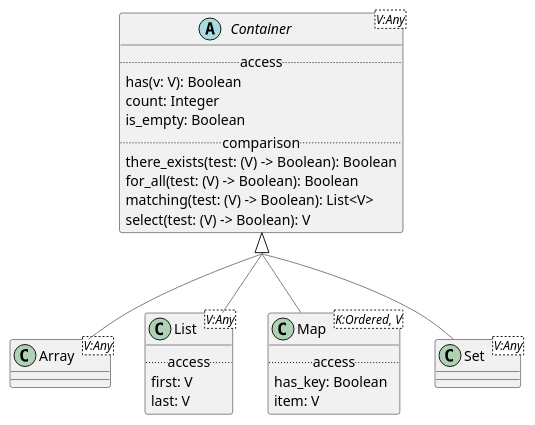
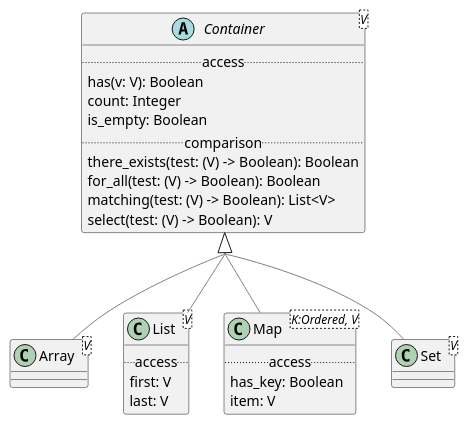
The diagram in modules/ROOT/examples/bmm/representation/builtin_types/structures/structures-package-uml.adoc (wolandscat/openehr-doc), drawn with PlantUML before and after one commit. The commit also changed 120 other files, not shown here.

```diff
--- a/modules/ROOT/examples/bmm/representation/builtin_types/structures/structures-package-uml.adoc
+++ b/modules/ROOT/examples/bmm/representation/builtin_types/structures/structures-package-uml.adoc
@@ -3,49 +3,49 @@
 [plantuml,opts=interactive,link=self]
 ....
 skinparam groupInheritance 2
 skinparam citedClassColor #FDFDFD
 
 
-class Array<V:Any> [[/openehr-doc/latest/representation/builtin_types-gen.html#_class_array]] {
+class Array<V> [[/openehr-doc/latest/representation/builtin_types-gen.html#_class_array]] {
 }
 
 Array -[#gray]up-|> Container
 
 
-class List<V:Any> [[/openehr-doc/latest/representation/builtin_types-gen.html#_class_list]] {
+class List<V> [[/openehr-doc/latest/representation/builtin_types-gen.html#_class_list]] {
         .. access ..
         first: V
         last: V
 }
 
 List -[#gray]up-|> Container
 
 
 class Map<K:Ordered, V> [[/openehr-doc/latest/representation/builtin_types-gen.html#_class_map]] {
         .. access ..
         has_key: Boolean
         item: V
 }
 
 Map -[#gray]up-|> Container
 
 
-abstract class Container<V:Any> [[/openehr-doc/latest/representation/builtin_types-gen.html#_class_container]] {
+abstract class Container<V> [[/openehr-doc/latest/representation/builtin_types-gen.html#_class_container]] {
         .. access ..
         has(v: V): Boolean
         count: Integer
         is_empty: Boolean
         .. comparison ..
         there_exists(test: (V) -> Boolean): Boolean
         for_all(test: (V) -> Boolean): Boolean
         matching(test: (V) -> Boolean): List<V>
         select(test: (V) -> Boolean): V
 }
 
-class Set<V:Any> [[/openehr-doc/latest/representation/builtin_types-gen.html#_class_set]] {
+class Set<V> [[/openehr-doc/latest/representation/builtin_types-gen.html#_class_set]] {
 }
 
 Set -[#gray]up-|> Container
 
 
 ....
```
